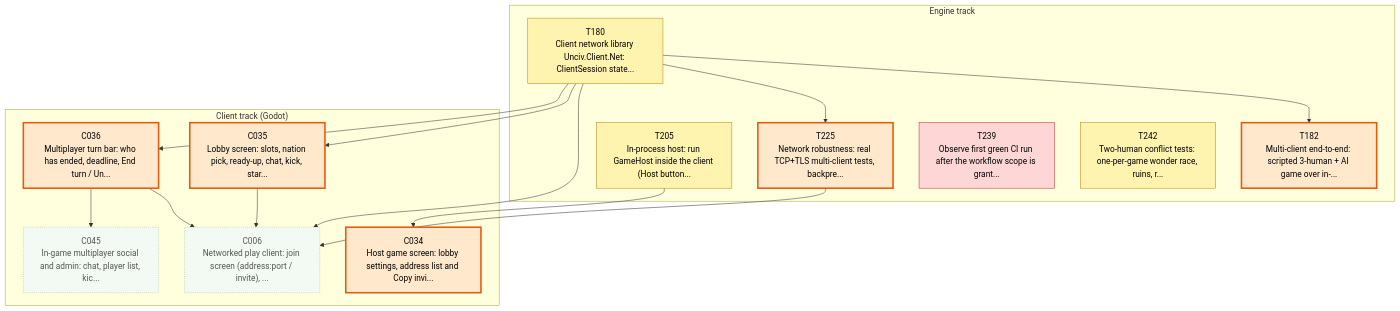
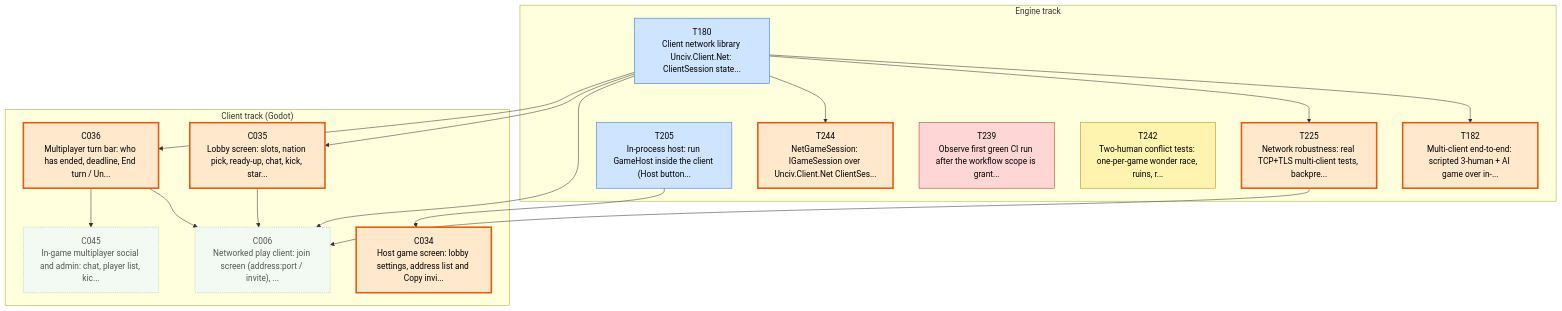
The first of 3 diagrams in csharp/migration/DEPENDENCY_MAP.md (Kenmura/Unciv), drawn with Mermaid before and after one commit. The commit also changed other lines of this file and 1 other file, not shown here.

Commit message:
migration: T180 -> In-Review [DeepSeek]

````diff
--- a/csharp/migration/DEPENDENCY_MAP.md
+++ b/csharp/migration/DEPENDENCY_MAP.md
@@ -24,46 +24,49 @@
 ```mermaid
 flowchart TD
   subgraph TTRACK["Engine track"]
     T180["T180<br/>Client network library Unciv.Client.Net: ClientSession state..."]
     T182["T182<br/>Multi-client end-to-end: scripted 3-human + AI game over in-..."]
     T205["T205<br/>In-process host: run GameHost inside the client (Host button..."]
     T225["T225<br/>Network robustness: real TCP+TLS multi-client tests, backpre..."]
     T239["T239<br/>Observe first green CI run after the workflow scope is grant..."]
     T242["T242<br/>Two-human conflict tests: one-per-game wonder race, ruins, r..."]
+    T244["T244<br/>NetGameSession: IGameSession over Unciv.Client.Net ClientSes..."]
   end
   subgraph CTRACK["Client track (Godot)"]
     C006["C006<br/>Networked play client: join screen (address:port / invite), ..."]
     C034["C034<br/>Host game screen: lobby settings, address list and Copy invi..."]
     C035["C035<br/>Lobby screen: slots, nation pick, ready-up, chat, kick, star..."]
     C036["C036<br/>Multiplayer turn bar: who has ended, deadline, End turn / Un..."]
     C045["C045<br/>In-game multiplayer social and admin: chat, player list, kic..."]
   end
   T180 --> T182
   T180 --> T225
+  T180 --> T244
   T180 --> C006
   C035 --> C006
   C036 --> C006
   T225 --> C006
   T205 --> C034
   T180 --> C035
   T180 --> C036
   C036 --> C045
   classDef waiting fill:#f3faf3,stroke:#9bc49b,color:#555,stroke-dasharray:2 2
   classDef ondeck fill:#ffe8cc,stroke:#e8590c,stroke-width:3px,color:#000
   classDef ready fill:#7ee787,stroke:#1a7f37,stroke-width:3px,color:#000
   classDef prog fill:#fff3b0,stroke:#b58900,color:#000
   classDef review fill:#cfe4ff,stroke:#1f6feb,color:#000
   classDef blocked fill:#ffd6d6,stroke:#c62828,color:#000
   classDef done fill:#eeeeee,stroke:#999999,color:#666,stroke-dasharray:4 3
   class C006 waiting
   class C034 ondeck
   class C035 ondeck
   class C036 ondeck
   class C045 waiting
-  class T180 prog
+  class T180 review
   class T182 ondeck
-  class T205 prog
+  class T205 review
   class T225 ondeck
   class T239 blocked
   class T242 prog
+  class T244 ondeck
 ```
````
